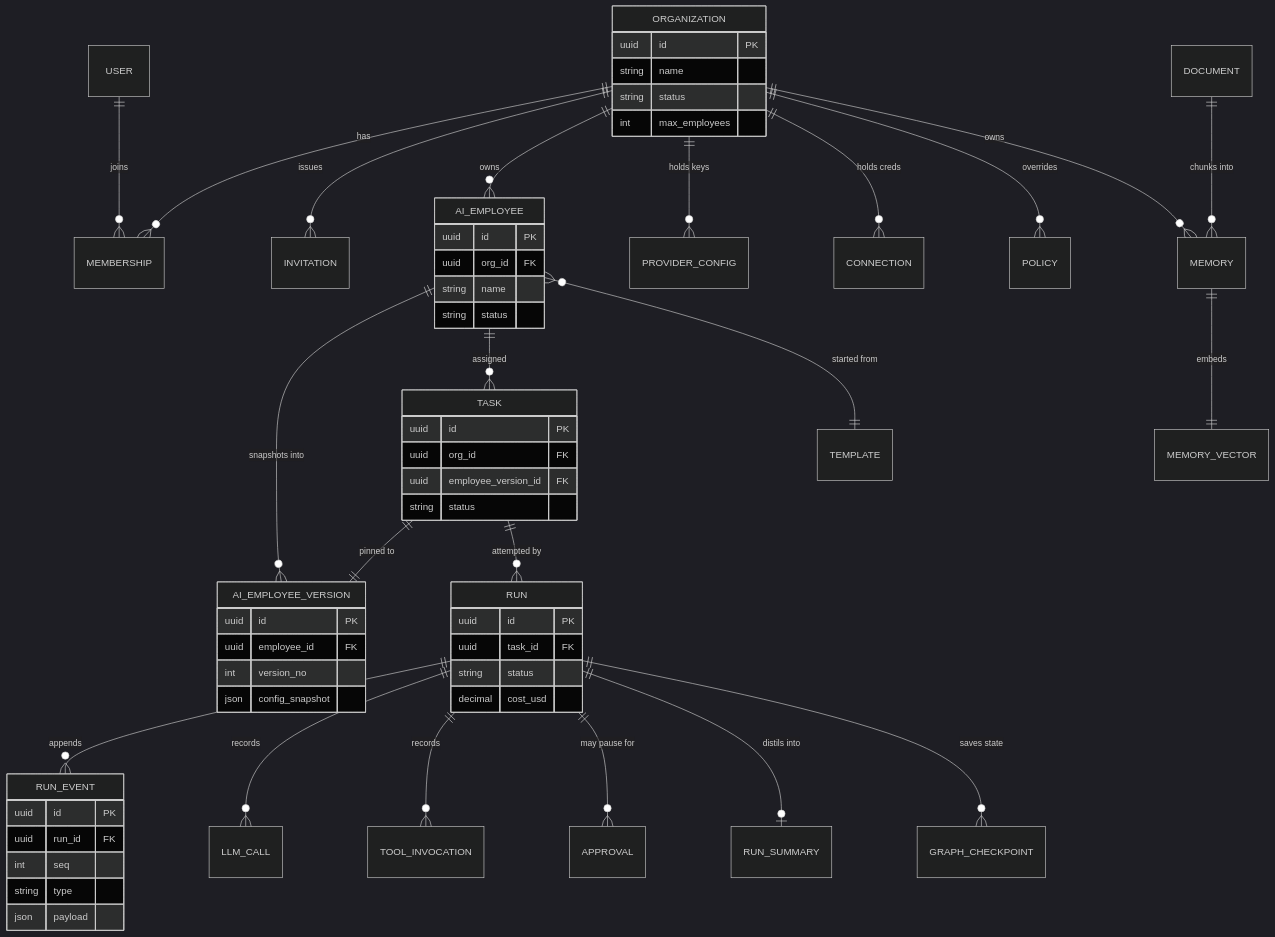
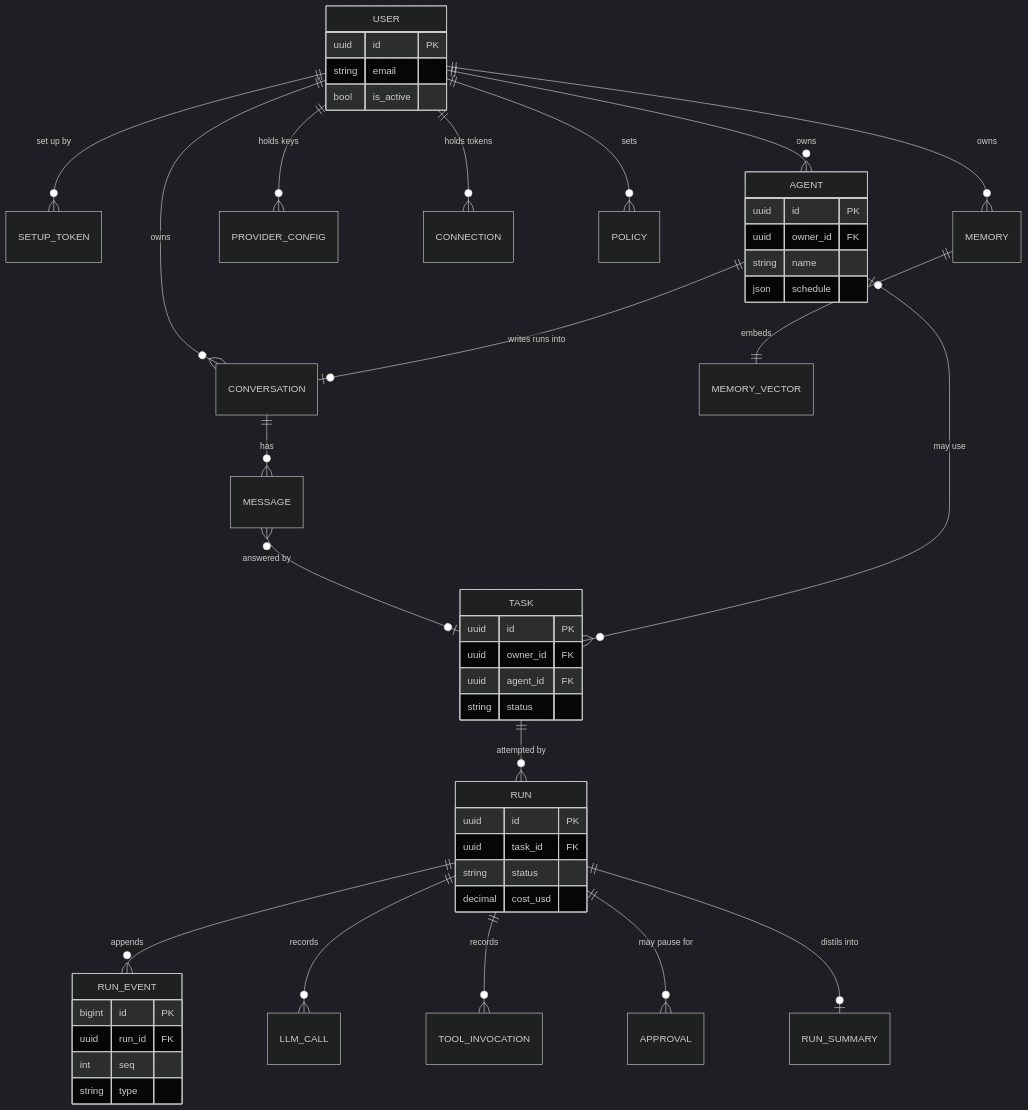
The fifth of 12 diagrams in docs/HLD.md (dharaneechinnu/ai-employee-platform), drawn with Mermaid (dark theme) before and after one commit. The commit also changed other lines of this file and 7 other files, not shown here.

````diff
--- a/docs/HLD.md
+++ b/docs/HLD.md
@@ -468,65 +364,53 @@
 ```mermaid
 erDiagram
-    ORGANIZATION ||--o{ MEMBERSHIP : has
-    USER ||--o{ MEMBERSHIP : joins
-    ORGANIZATION ||--o{ INVITATION : issues
-    ORGANIZATION ||--o{ AI_EMPLOYEE : owns
-    ORGANIZATION ||--o{ PROVIDER_CONFIG : "holds keys"
-    ORGANIZATION ||--o{ CONNECTION : "holds creds"
-    ORGANIZATION ||--o{ POLICY : overrides
-    ORGANIZATION ||--o{ MEMORY : owns
+    USER ||--o{ SETUP_TOKEN : "set up by"
+    USER ||--o{ AGENT : owns
+    USER ||--o{ CONVERSATION : owns
+    USER ||--o{ PROVIDER_CONFIG : "holds keys"
+    USER ||--o{ CONNECTION : "holds tokens"
+    USER ||--o{ POLICY : sets
+    USER ||--o{ MEMORY : owns
 
-    AI_EMPLOYEE ||--o{ AI_EMPLOYEE_VERSION : "snapshots into"
-    AI_EMPLOYEE ||--o{ TASK : "assigned"
-    AI_EMPLOYEE }o--|| TEMPLATE : "started from"
-
-    TASK ||--|| AI_EMPLOYEE_VERSION : "pinned to"
+    AGENT ||--o| CONVERSATION : "writes runs into"
+    CONVERSATION ||--o{ MESSAGE : has
+    MESSAGE }o--o| TASK : "answered by"
+    TASK }o--o| AGENT : "may use"
     TASK ||--o{ RUN : "attempted by"
     RUN ||--o{ RUN_EVENT : appends
     RUN ||--o{ LLM_CALL : records
     RUN ||--o{ TOOL_INVOCATION : records
     RUN ||--o{ APPROVAL : "may pause for"
     RUN ||--o| RUN_SUMMARY : "distils into"
-    RUN ||--o{ GRAPH_CHECKPOINT : "saves state"
 
     MEMORY ||--|| MEMORY_VECTOR : embeds
-    DOCUMENT ||--o{ MEMORY : "chunks into"
 
-    ORGANIZATION {
+    USER {
         uuid id PK
+        string email
+        bool is_active
+    }
+    AGENT {
+        uuid id PK
+        uuid owner_id FK
         string name
-        string status
-        int max_employees
-    }
-    AI_EMPLOYEE {
-        uuid id PK
-        uuid org_id FK
-        string name
-        string status
-    }
-    AI_EMPLOYEE_VERSION {
-        uuid id PK
-        uuid employee_id FK
-        int version_no
-        json config_snapshot
+        json schedule
     }
     TASK {
         uuid id PK
-        uuid org_id FK
-        uuid employee_version_id FK
+        uuid owner_id FK
+        uuid agent_id FK
         string status
     }
     RUN {
         uuid id PK
         uuid task_id FK
         string status
         decimal cost_usd
     }
     RUN_EVENT {
-        uuid id PK
+        bigint id PK
         uuid run_id FK
         int seq
         string type
-        json payload
     }
 ```
````
